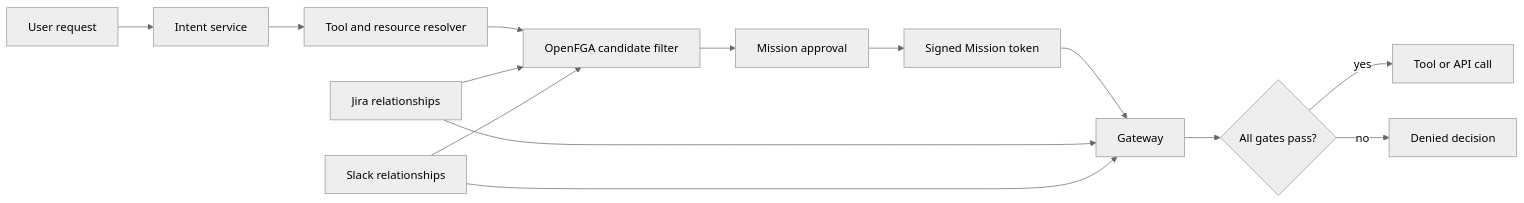
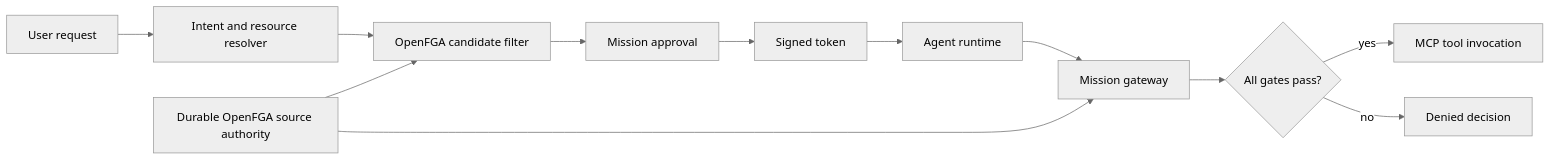
One commit to Siddhant-K-code/openfga-mission-gateway changed the diagram in README.md. Above: the diagram before and after it, drawn with Mermaid (neutral theme). The commit also changed other lines of this file and 5 other files, not shown here.

Commit message:
Generalize Mission gateway for MCP calls

````diff
--- a/README.md
+++ b/README.md
@@ -75,18 +84,15 @@
 ```mermaid
 flowchart LR
-    U[User request] --> I[Intent service]
-    I --> R[Tool and resource resolver]
+    U[User request] --> R[Intent and resource resolver]
     R --> F[OpenFGA candidate filter]
     F --> M[Mission approval]
-    M --> T[Signed Mission token]
-    T --> G[Gateway]
+    M --> T[Signed token]
+    T --> A[Agent runtime]
+    A --> G[Mission gateway]
 
-    J[Jira relationships] --> F
-    S[Slack relationships] --> F
-    J --> G
-    S --> G
-
+    D[Durable OpenFGA source authority] --> F
+    D --> G
     G --> C{All gates pass?}
-    C -->|yes| A[Tool or API call]
-    C -->|no| D[Denied decision]
+    C -->|yes| X[MCP tool invocation]
+    C -->|no| N[Denied decision]
 ```
````
